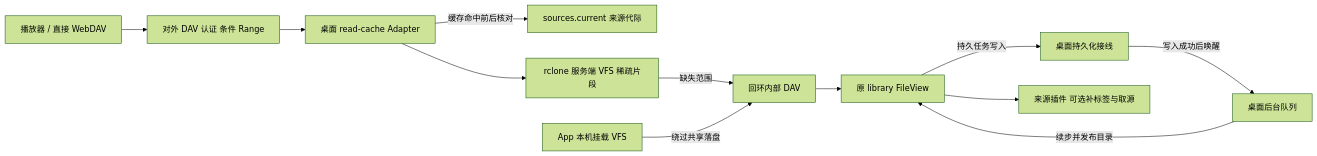
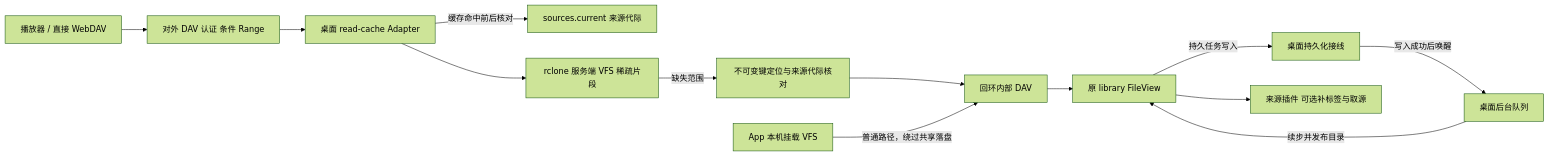
One commit to shengyusi-SYS/musicfs changed the first of 2 diagrams in docs/architecture/shared-read-cache.md. Above: the diagram before and after it, drawn with Mermaid (forest theme). The commit also changed other lines of this file and 9 other files, not shown here.

````diff
--- a/docs/architecture/shared-read-cache.md
+++ b/docs/architecture/shared-read-cache.md
@@ -7,14 +7,15 @@
 ```mermaid
 flowchart LR
   Direct[播放器 / 直接 WebDAV] --> DAV[对外 DAV 认证 条件 Range]
   DAV --> Shared[桌面 read-cache Adapter]
   Shared -->|缓存命中前后核对| Current[sources.current 来源代际]
   Shared --> VFS[rclone 服务端 VFS 稀疏片段]
-  VFS -->|缺失范围| Private[回环内部 DAV]
-  App[App 本机挂载 VFS] -->|绕过共享落盘| Private
+  VFS -->|缺失范围| Key[不可变键定位与来源代际核对]
+  Key --> Private[回环内部 DAV]
+  App[App 本机挂载 VFS] -->|普通路径，绕过共享落盘| Private
   Private --> Library[原 library FileView]
   Library -->|持久任务写入| Store[桌面持久化接线]
   Store -->|写入成功后唤醒| Runner[桌面后台队列]
   Runner -->|续步并发布目录| Library
   Library --> Plugin[来源插件 可选补标签与取源]
 ```
````
